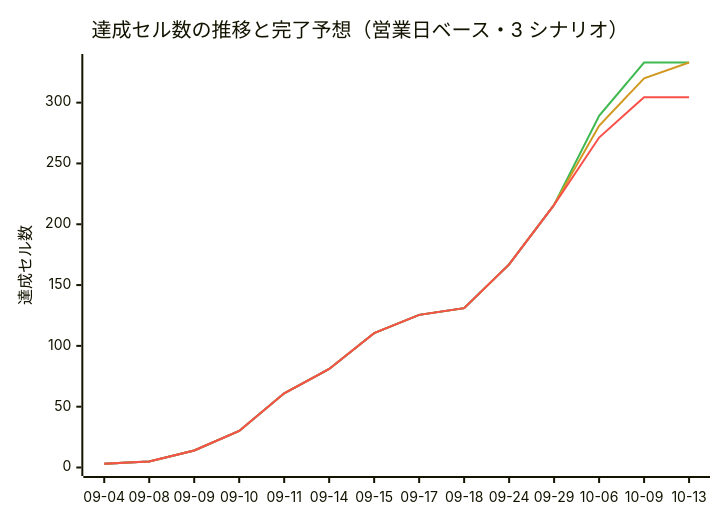
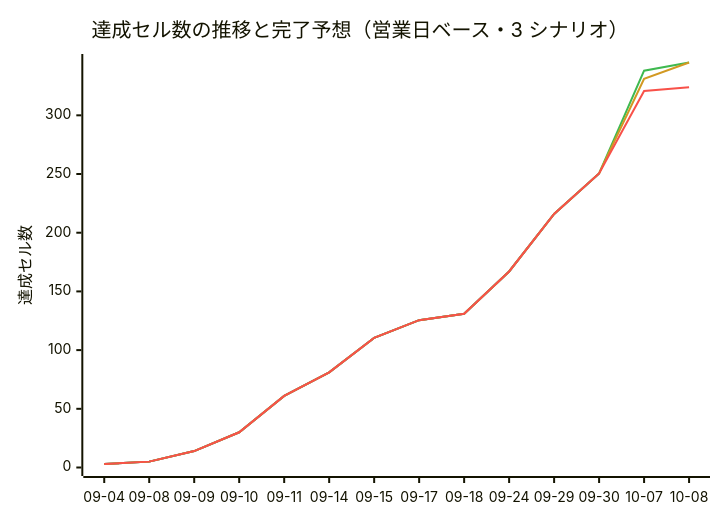
The diagram in docs/progress.md (yoshihisatanaka/Pre-Market_Trading_frontend), drawn with Mermaid before and after one commit. The commit also changed other lines of this file, not shown here.

````diff
--- a/docs/progress.md
+++ b/docs/progress.md
@@ -333,11 +338,11 @@
 ```mermaid
 %%{init: {"themeVariables": {"xyChart": {"plotColorPalette": "#2f6feb, #3fb950, #d29922, #f85149"}}}}%%
 xychart-beta
     title "達成セル数の推移と完了予想（営業日ベース・3 シナリオ）"
-    x-axis ["09-04", "09-08", "09-09", "09-10", "09-11", "09-14", "09-15", "09-17", "09-18", "09-24", "09-29", "10-06", "10-09", "10-13"]
-    y-axis "達成セル数" 0 --> 333
-    line [3, 5, 14, 30, 61, 81, 110.5, 125.5, 131, 167, 216]
-    line [3, 5, 14, 30, 61, 81, 110.5, 125.5, 131, 167, 216, 289.1, 333, 333]
-    line [3, 5, 14, 30, 61, 81, 110.5, 125.5, 131, 167, 216, 281, 320, 333]
-    line [3, 5, 14, 30, 61, 81, 110.5, 125.5, 131, 167, 216, 271.3, 304.5, 304.5]
+    x-axis ["09-04", "09-08", "09-09", "09-10", "09-11", "09-14", "09-15", "09-17", "09-18", "09-24", "09-29", "09-30", "10-07", "10-08"]
+    y-axis "達成セル数" 0 --> 345
+    line [3, 5, 14, 30, 61, 81, 110.5, 125.5, 131, 167, 216, 250.5]
+    line [3, 5, 14, 30, 61, 81, 110.5, 125.5, 131, 167, 216, 250.5, 338, 345]
+    line [3, 5, 14, 30, 61, 81, 110.5, 125.5, 131, 167, 216, 250.5, 331.1, 345]
+    line [3, 5, 14, 30, 61, 81, 110.5, 125.5, 131, 167, 216, 250.5, 320.8, 324]
 ```
````
